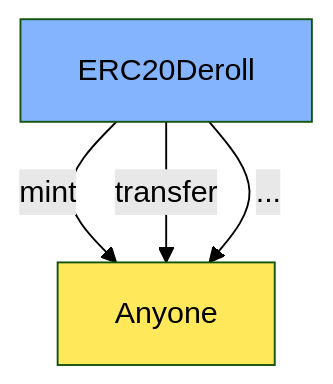
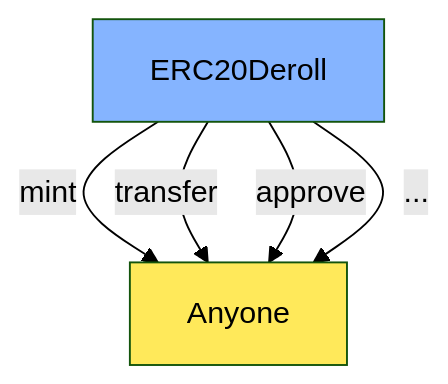
One commit to Mugen-Builders/echo-plus-deroll changed the third of 5 diagrams in contracts/README.md. Above: the diagram before and after it, drawn with Mermaid (forest theme). The commit also changed other lines of this file and 3 other files, not shown here.

````diff
--- a/contracts/README.md
+++ b/contracts/README.md
@@ -55,12 +63,13 @@
 ```mermaid
 graph TD
     classDef core fill:#ffe95a,color:#000
     classDef external fill:#85b4ff,color:#000
 
     Anyone:::core
     ERC20Deroll:::external
 
     ERC20Deroll -- mint --> Anyone
     ERC20Deroll -- transfer --> Anyone
+    ERC20Deroll -- approve --> Anyone
     ERC20Deroll -- ... --> Anyone
 ```
````
